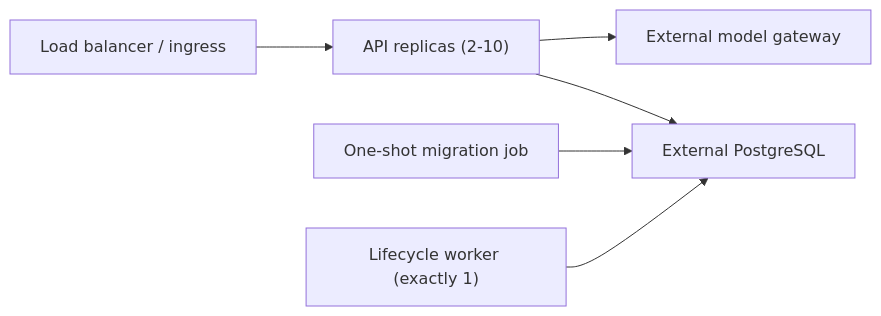
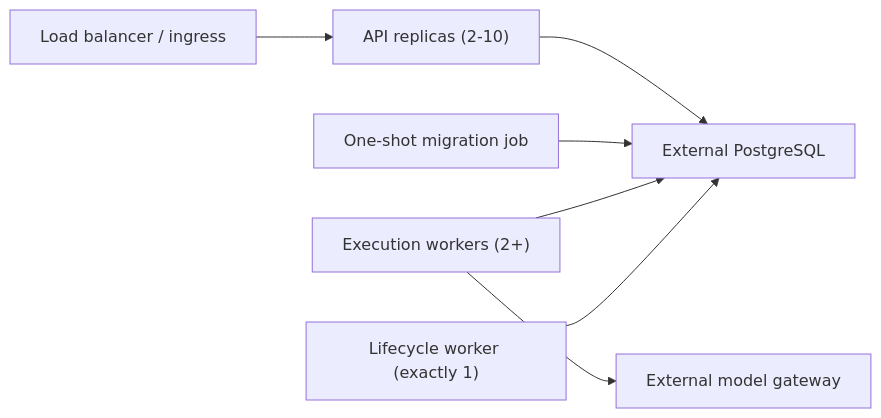
Before and after one commit to lazineziri/iRoute: diagram 15 of 16 in docs/architecture.md, drawn with Mermaid. The commit also changed other lines of this file and 53 other files, not shown here.

First line of the commit message:
feat(execution): add durable asynchronous workers

````diff
--- a/docs/architecture.md
+++ b/docs/architecture.md
@@ -277,8 +279,9 @@
 ```mermaid
 flowchart LR
     L["Load balancer / ingress"] --> A["API replicas (2-10)"]
     A --> P["External PostgreSQL"]
     M["One-shot migration job"] --> P
+    E["Execution workers (2+)"] --> P
     W["Lifecycle worker (exactly 1)"] --> P
-    A --> G["External model gateway"]
+    E --> G["External model gateway"]
 ```
````
